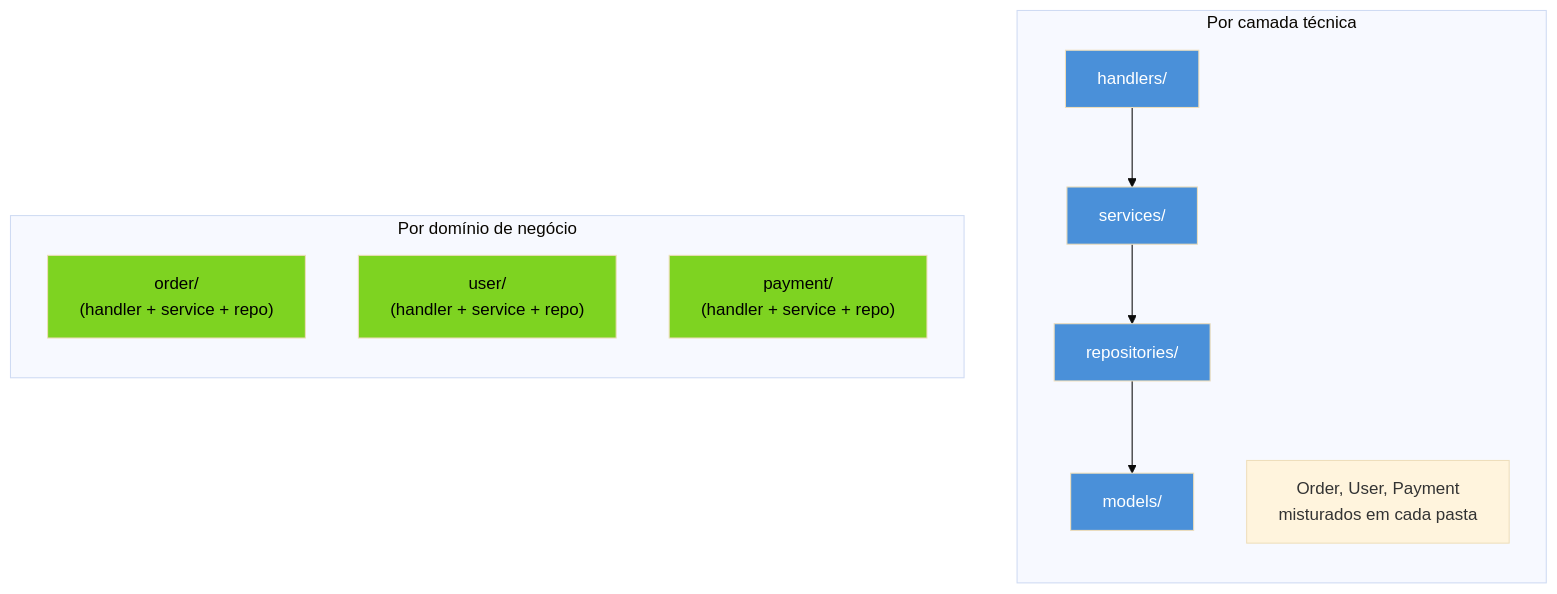
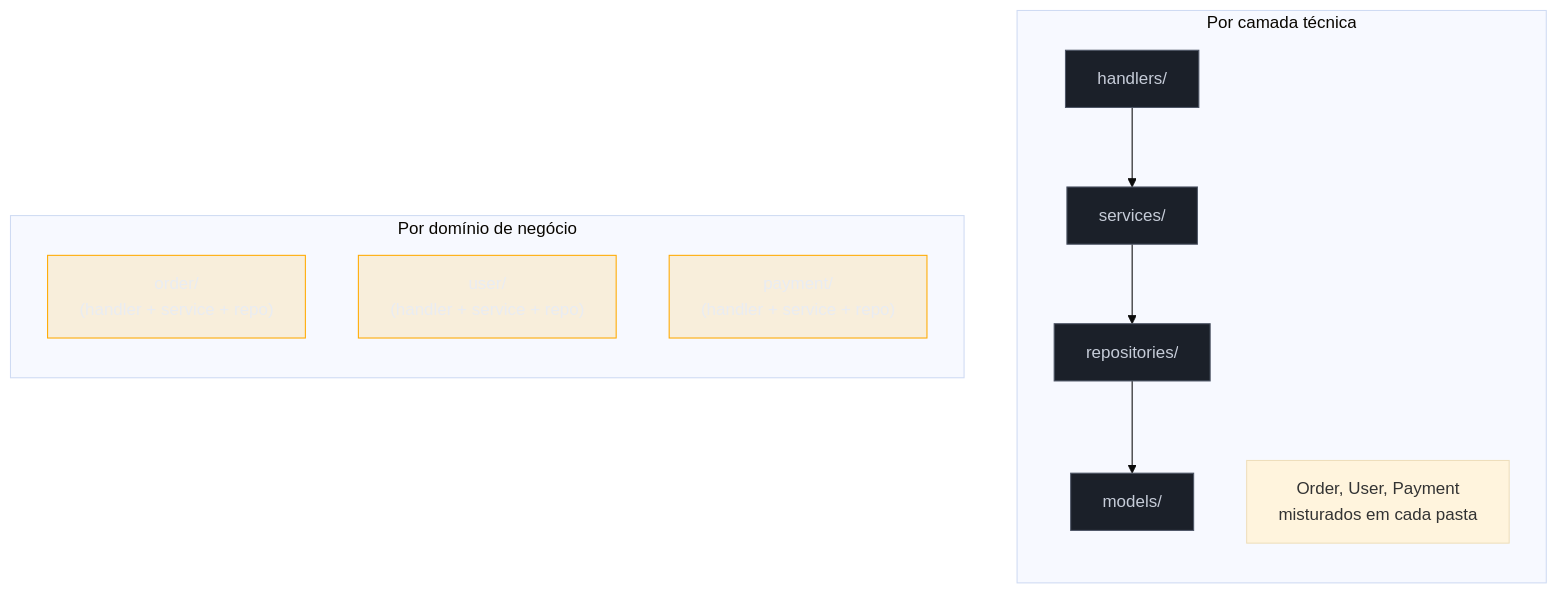
Before and after one commit to josenaldo/codex-technomanticus: the diagram in 03-Dominios/Tecnologia/Go/14 - Microservices e arquitetura/02 - Organizando um serviço.md, drawn with Mermaid (base theme). The commit also changed 1181 other files, not shown here.

First line of the commit message:
fix(diagramas): paleta do sistema no lugar de cor cravada no markdown

````diff
--- a/03-Dominios/Tecnologia/Go/14 - Microservices e arquitetura/02 - Organizando um serviço.md
+++ b/03-Dominios/Tecnologia/Go/14 - Microservices e arquitetura/02 - Organizando um serviço.md
@@ -56,25 +56,27 @@
 ```mermaid
 flowchart TB
+    classDef neutro fill:#1B2029,stroke:#4E5666,color:#C6CCD8
+    classDef destaque fill:#FFAA0024,stroke:#FFAA00,color:#E9ECF2
     subgraph Tecnica["Por camada técnica"]
         direction TB
         H["handlers/"] --> S["services/"]
         S --> R["repositories/"]
         R --> M["models/"]
         H2["Order, User, Payment\nmisturados em cada pasta"]
     end
 
     subgraph Dominio["Por domínio de negócio"]
         direction TB
         O["order/\n(handler + service + repo)"]
         U["user/\n(handler + service + repo)"]
         P["payment/\n(handler + service + repo)"]
     end
 
-    style H fill:#4A90D9,color:#fff
-    style S fill:#4A90D9,color:#fff
-    style R fill:#4A90D9,color:#fff
-    style M fill:#4A90D9,color:#fff
-    style O fill:#7ED321,color:#000
-    style U fill:#7ED321,color:#000
-    style P fill:#7ED321,color:#000
+    class H neutro
+    class S neutro
+    class R neutro
+    class M neutro
+    class O destaque
+    class U destaque
+    class P destaque
 ```
````
